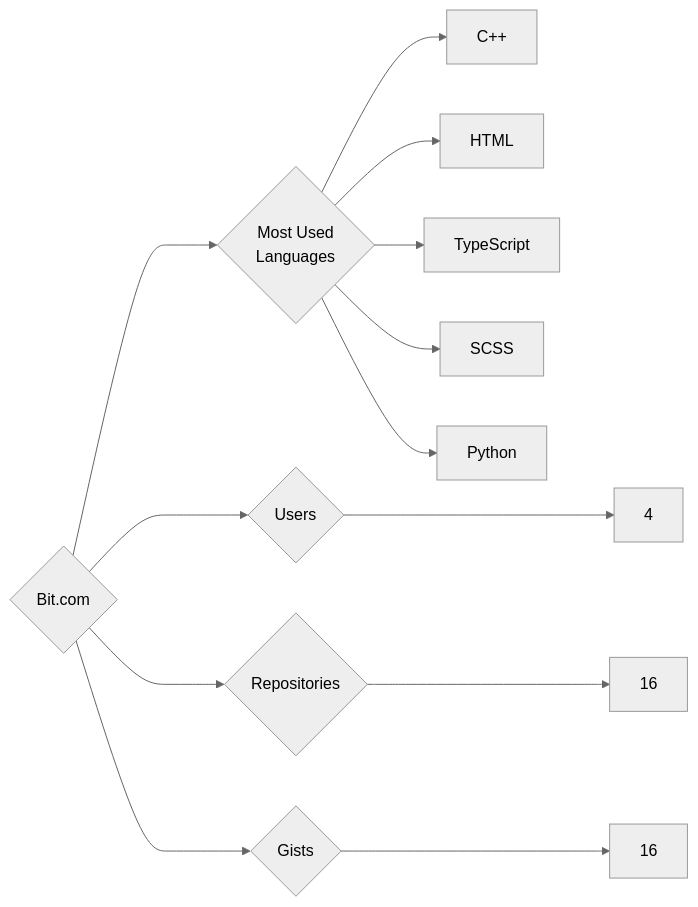
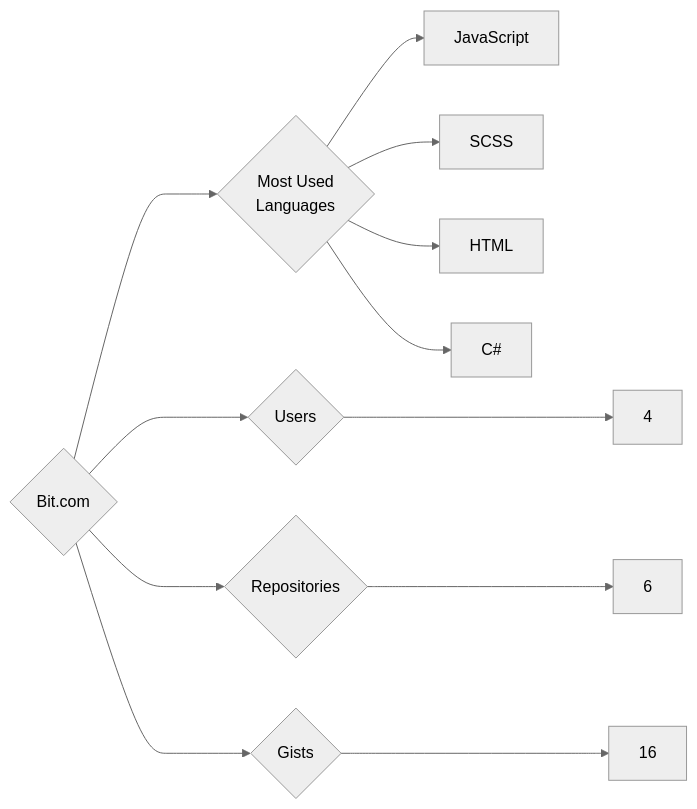
The diagram in targets/Bit.com/README.md (trickest/insiders), drawn with Mermaid (neutral theme) before and after one commit. The commit also changed 985 other files, not shown here.

````diff
--- a/targets/Bit.com/README.md
+++ b/targets/Bit.com/README.md
@@ -3,13 +3,12 @@
 ```mermaid
 graph LR
 COMPANY_NAME{Bit.com}
 COMPANY_NAME ---> U{Users} ---> UN[4]
-COMPANY_NAME ---> R{Repositories} ---> RN[16]
+COMPANY_NAME ---> R{Repositories} ---> RN[6]
 COMPANY_NAME ---> G{Gists} ---> GN[16]
 COMPANY_NAME ---> ML{Most Used<br>Languages}
-ML --> C++[C++]
+ML --> JavaScript[JavaScript]
+ML --> SCSS[SCSS]
 ML --> HTML[HTML]
-ML --> TypeScript[TypeScript]
-ML --> SCSS[SCSS]
-ML --> Python[Python]
+ML --> C#[C#]
 ```
````
